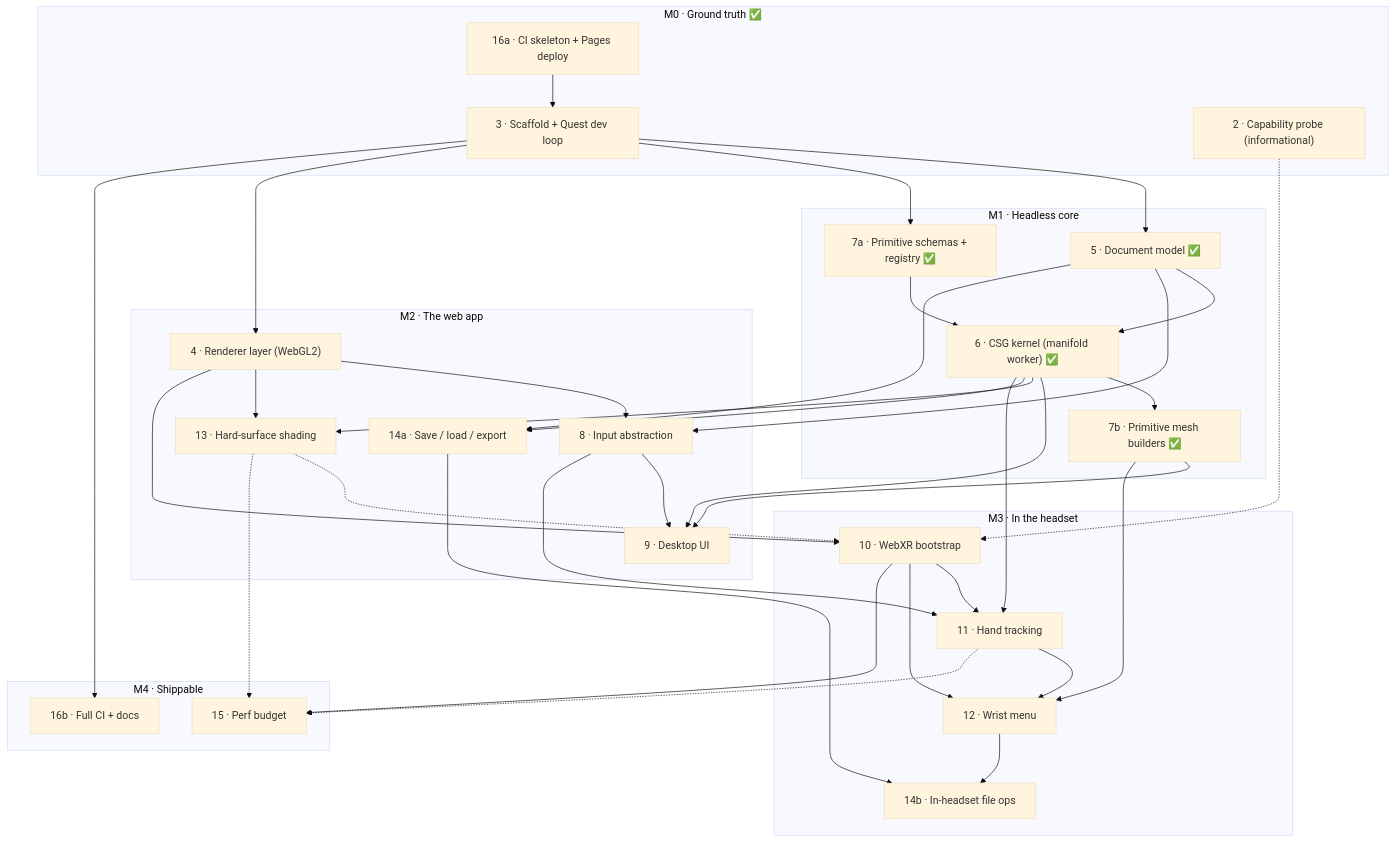
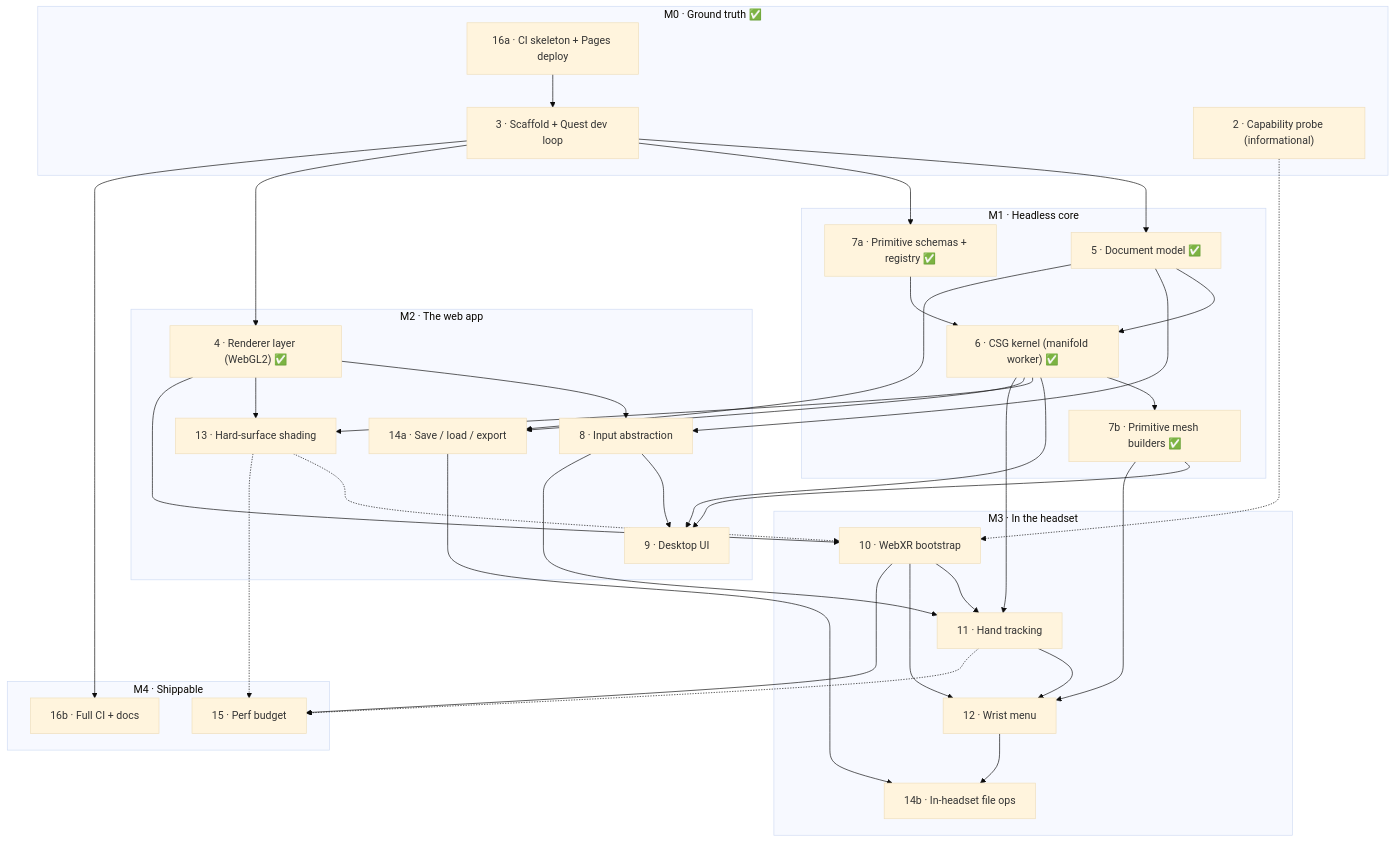
The diagram in docs/roadmap.md (kruddage/carve), drawn with Mermaid (base theme) before and after one commit. The commit also changed other lines of this file and 12 other files, not shown here.

First line of the commit message:
feat(render): renderer layer — WebGL2 via three.js (#4) (#30)

````diff
--- a/docs/roadmap.md
+++ b/docs/roadmap.md
@@ -36,71 +36,71 @@
 ```mermaid
 graph TD
     subgraph M0["M0 · Ground truth ✅"]
         I16a["16a · CI skeleton + Pages deploy"]
         I3["3 · Scaffold + Quest dev loop"]
         I2["2 · Capability probe (informational)"]
     end
 
     subgraph M1["M1 · Headless core"]
         I5["5 · Document model ✅"]
         I7a["7a · Primitive schemas + registry ✅"]
         I6["6 · CSG kernel (manifold worker) ✅"]
         I7b["7b · Primitive mesh builders ✅"]
     end
 
     subgraph M2["M2 · The web app"]
-        I4["4 · Renderer layer (WebGL2)"]
+        I4["4 · Renderer layer (WebGL2) ✅"]
         I8["8 · Input abstraction"]
         I9["9 · Desktop UI"]
         I13["13 · Hard-surface shading"]
         I14a["14a · Save / load / export"]
     end
 
     subgraph M3["M3 · In the headset"]
         I10["10 · WebXR bootstrap"]
         I11["11 · Hand tracking"]
         I12["12 · Wrist menu"]
         I14b["14b · In-headset file ops"]
     end
 
     subgraph M4["M4 · Shippable"]
         I15["15 · Perf budget"]
         I16b["16b · Full CI + docs"]
     end
 
     I16a --> I3
     I3 --> I5
     I3 --> I7a
     I3 --> I4
     I3 --> I16b
 
     I5 --> I6
     I7a --> I6
     I6 --> I7b
 
     I5 --> I8
     I4 --> I8
     I6 --> I9
     I7b --> I9
     I8 --> I9
     I4 --> I13
     I6 --> I13
     I5 --> I14a
     I6 --> I14a
 
     I4 --> I10
     I2 -.-> I10
     I6 --> I11
     I8 --> I11
     I10 --> I11
     I7b --> I12
     I10 --> I12
     I11 --> I12
     I12 --> I14b
     I14a --> I14b
     I13 -.-> I10
 
     I10 --> I15
     I11 -.-> I15
     I13 -.-> I15
 ```
````
